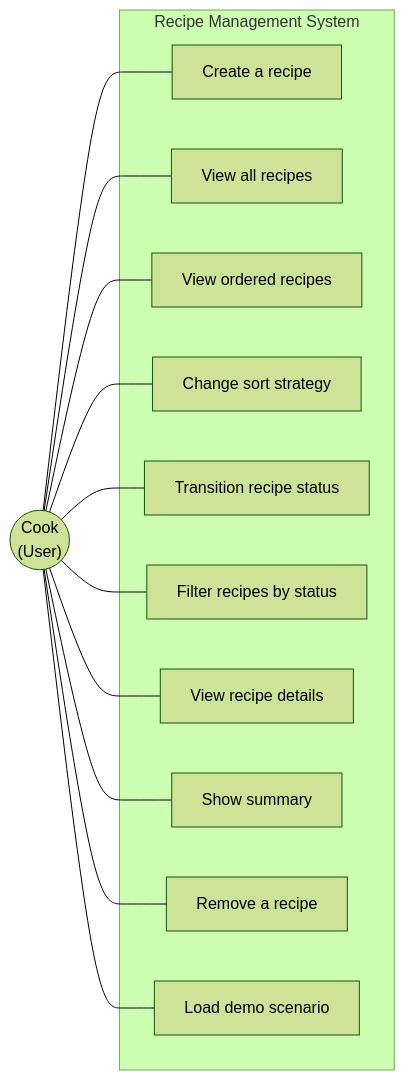
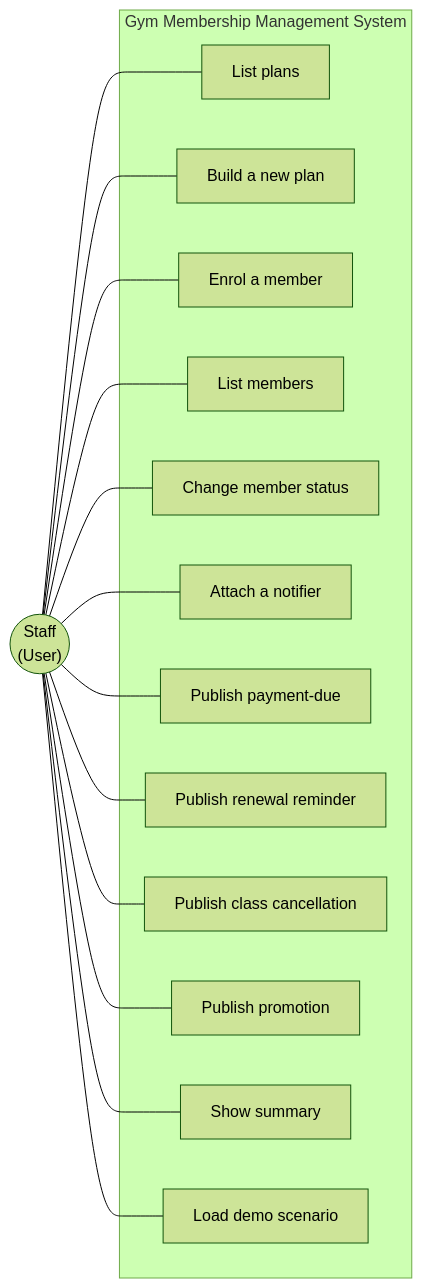
Before and after one commit to hoop-ai/gym-membership-management-system: the diagram in docs/uml/usecase/usecase-diagram.md, drawn with Mermaid (forest theme). The commit also changed other lines of this file and 77 other files, not shown here.

````diff
--- a/docs/uml/usecase/usecase-diagram.md
+++ b/docs/uml/usecase/usecase-diagram.md
@@ -6,26 +6,30 @@
 ```mermaid
 flowchart LR
-    Cook(("Cook<br/>(User)"))
-    subgraph RMS [Recipe Management System]
-      UC1[Create a recipe]
-      UC2[View all recipes]
-      UC3[View ordered recipes]
-      UC4[Change sort strategy]
-      UC5[Transition recipe status]
-      UC6[Filter recipes by status]
-      UC7[View recipe details]
-      UC8[Show summary]
-      UC9[Remove a recipe]
-      UC10[Load demo scenario]
+    Staff(("Staff<br/>(User)"))
+    subgraph GMS [Gym Membership Management System]
+      UC1[List plans]
+      UC2[Build a new plan]
+      UC3[Enrol a member]
+      UC4[List members]
+      UC5[Change member status]
+      UC6[Attach a notifier]
+      UC7[Publish payment-due]
+      UC8[Publish renewal reminder]
+      UC9[Publish class cancellation]
+      UC10[Publish promotion]
+      UC11[Show summary]
+      UC12[Load demo scenario]
     end
-    Cook --- UC1
-    Cook --- UC2
-    Cook --- UC3
-    Cook --- UC4
-    Cook --- UC5
-    Cook --- UC6
-    Cook --- UC7
-    Cook --- UC8
-    Cook --- UC9
-    Cook --- UC10
+    Staff --- UC1
+    Staff --- UC2
+    Staff --- UC3
+    Staff --- UC4
+    Staff --- UC5
+    Staff --- UC6
+    Staff --- UC7
+    Staff --- UC8
+    Staff --- UC9
+    Staff --- UC10
+    Staff --- UC11
+    Staff --- UC12
 ```
````
